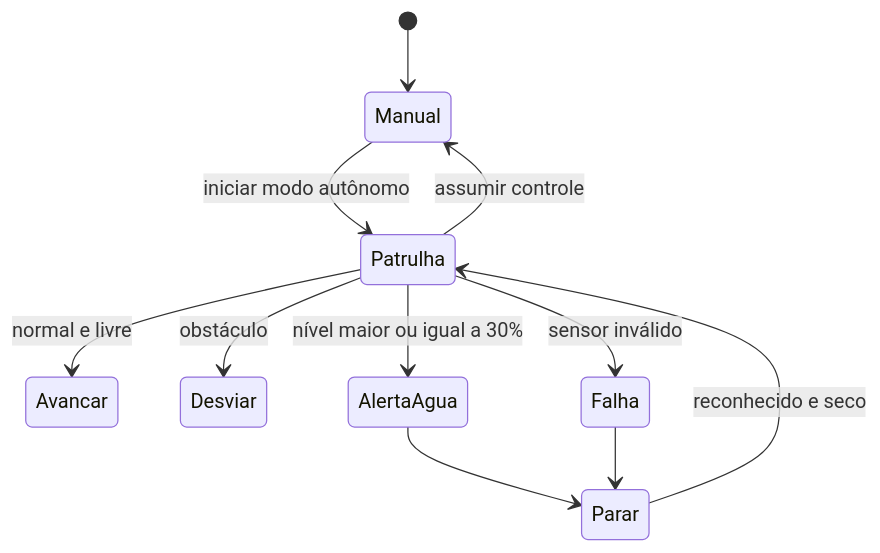
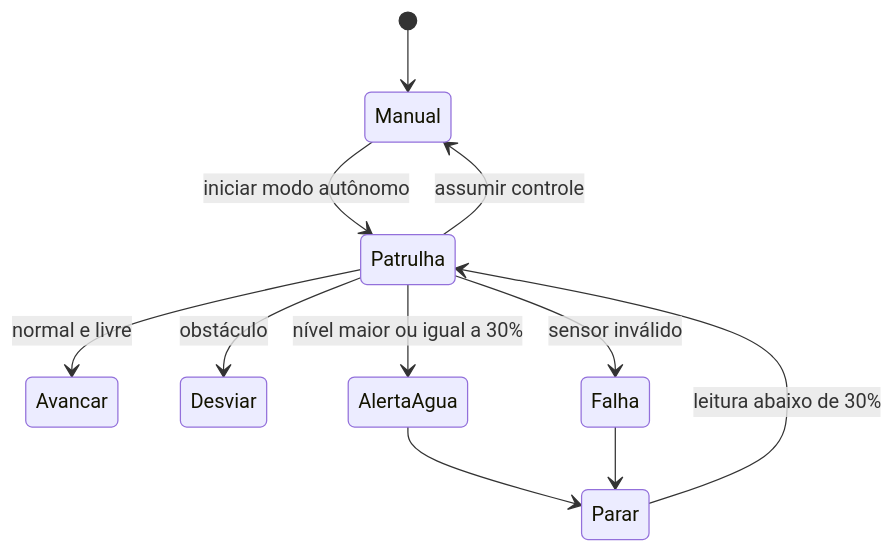
One commit to GabrielMachadoCP/ProjetoCarrinho changed the diagram in docs/ARQUITETURA_DE_SOFTWARE.md. Above: the diagram before and after it, drawn with Mermaid. The commit also changed 6 other files, not shown here.

````diff
--- a/docs/ARQUITETURA_DE_SOFTWARE.md
+++ b/docs/ARQUITETURA_DE_SOFTWARE.md
@@ -18,13 +18,13 @@
 ```mermaid
 stateDiagram-v2
     [*] --> Manual
     Manual --> Patrulha: iniciar modo autônomo
     Patrulha --> Avancar: normal e livre
     Patrulha --> Desviar: obstáculo
     Patrulha --> AlertaAgua: nível maior ou igual a 30%
     AlertaAgua --> Parar
-    Parar --> Patrulha: reconhecido e seco
+    Parar --> Patrulha: leitura abaixo de 30%
     Patrulha --> Falha: sensor inválido
     Falha --> Parar
     Patrulha --> Manual: assumir controle
 ```
````
